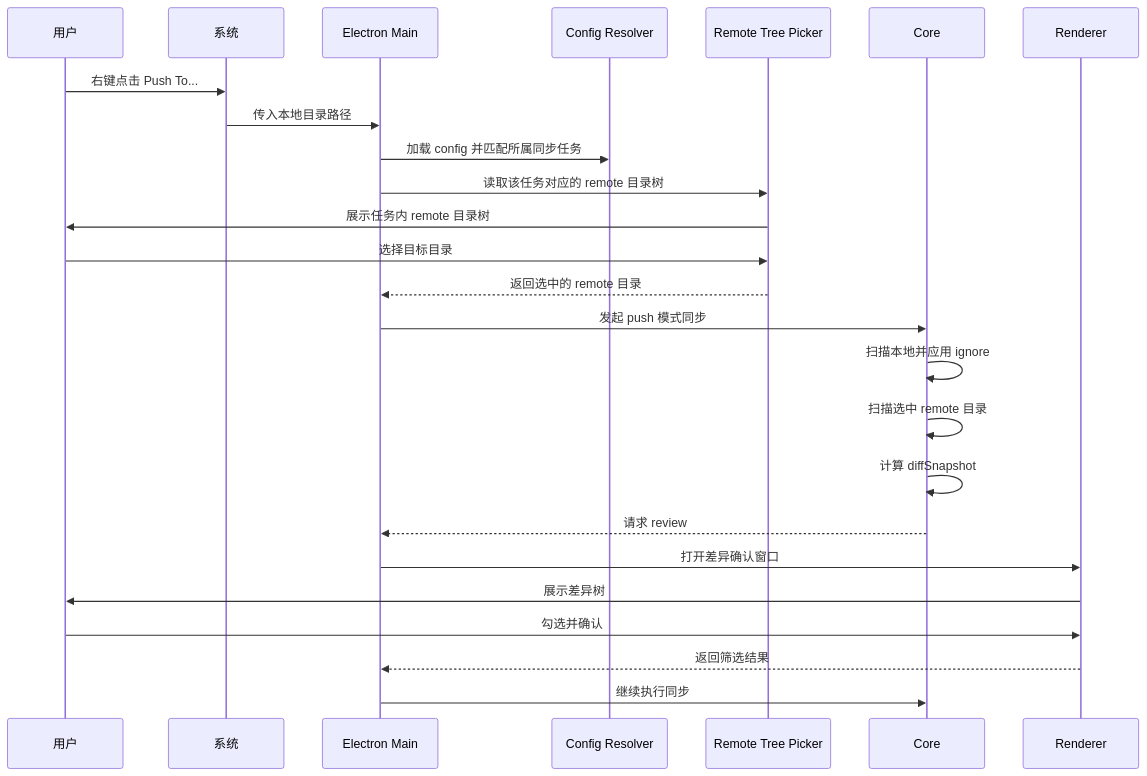
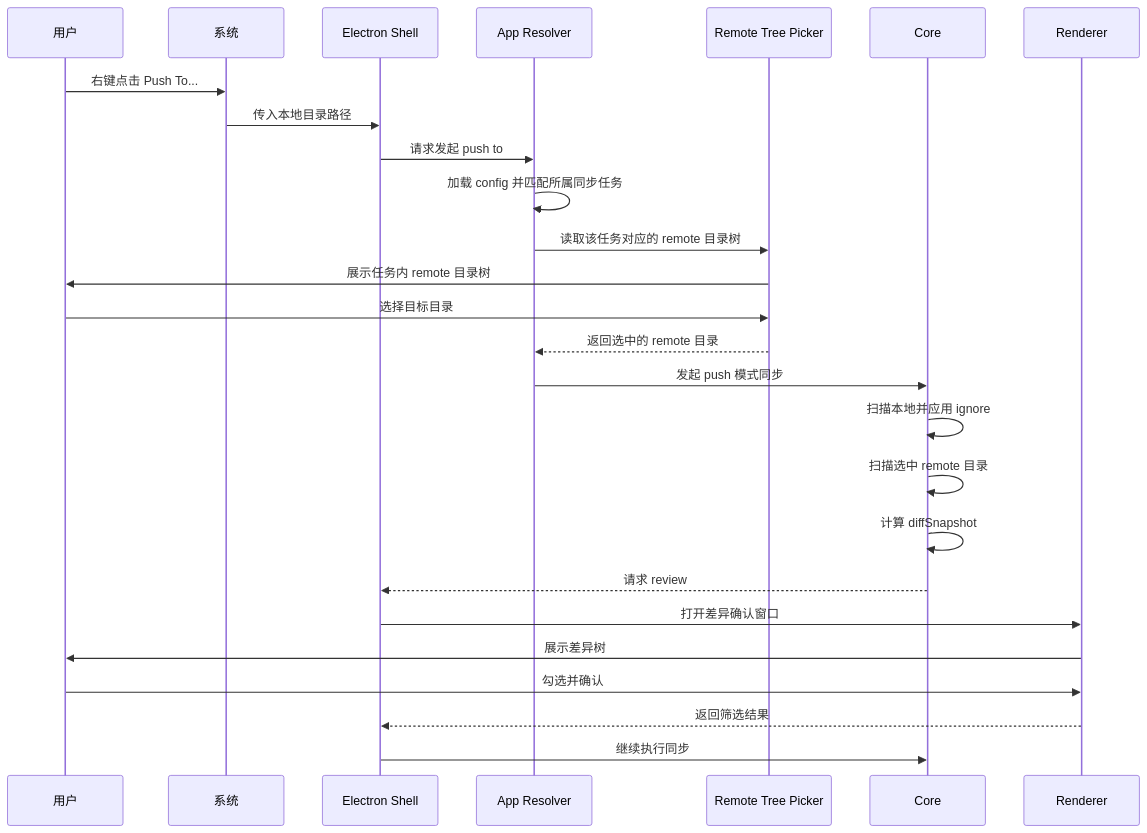
The fourth of 7 diagrams in docs/Flows.md (agalloch21/sync-with-rclone), drawn with Mermaid before and after one commit. The commit also changed other lines of this file and 20 other files, not shown here.

````diff
--- a/docs/Flows.md
+++ b/docs/Flows.md
@@ -108,28 +111,29 @@
 ```mermaid
 sequenceDiagram
   participant U as 用户
   participant OS as 系统
-  participant M as Electron Main
-  participant G as Config Resolver
+  participant M as Electron Shell
+  participant A as App Resolver
   participant T as Remote Tree Picker
   participant C as Core
   participant R as Renderer
 
   U->>OS: 右键点击 Push To...
   OS->>M: 传入本地目录路径
-  M->>G: 加载 config 并匹配所属同步任务
-  M->>T: 读取该任务对应的 remote 目录树
+  M->>A: 请求发起 push to
+  A->>A: 加载 config 并匹配所属同步任务
+  A->>T: 读取该任务对应的 remote 目录树
   T->>U: 展示任务内 remote 目录树
   U->>T: 选择目标目录
-  T-->>M: 返回选中的 remote 目录
-  M->>C: 发起 push 模式同步
+  T-->>A: 返回选中的 remote 目录
+  A->>C: 发起 push 模式同步
   C->>C: 扫描本地并应用 ignore
   C->>C: 扫描选中 remote 目录
   C->>C: 计算 diffSnapshot
   C-->>M: 请求 review
   M->>R: 打开差异确认窗口
   R->>U: 展示差异树
   U->>R: 勾选并确认
   R-->>M: 返回筛选结果
   M->>C: 继续执行同步
 ```
````
